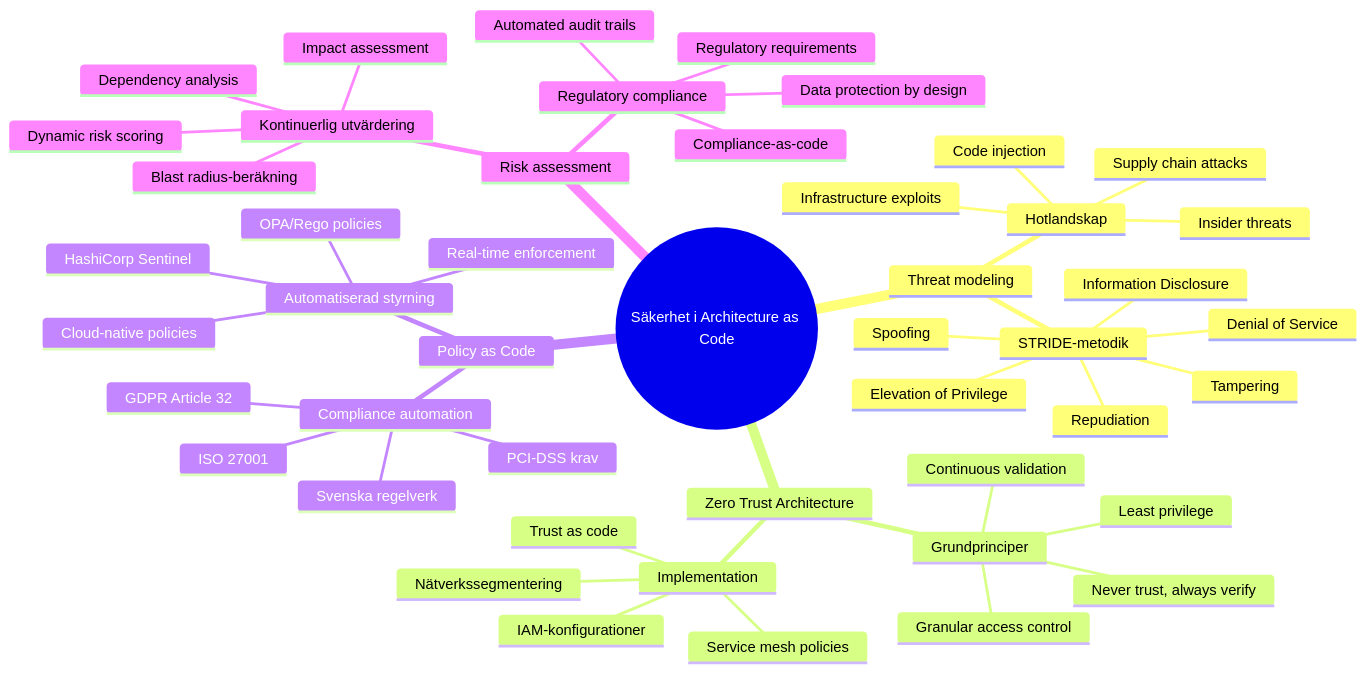
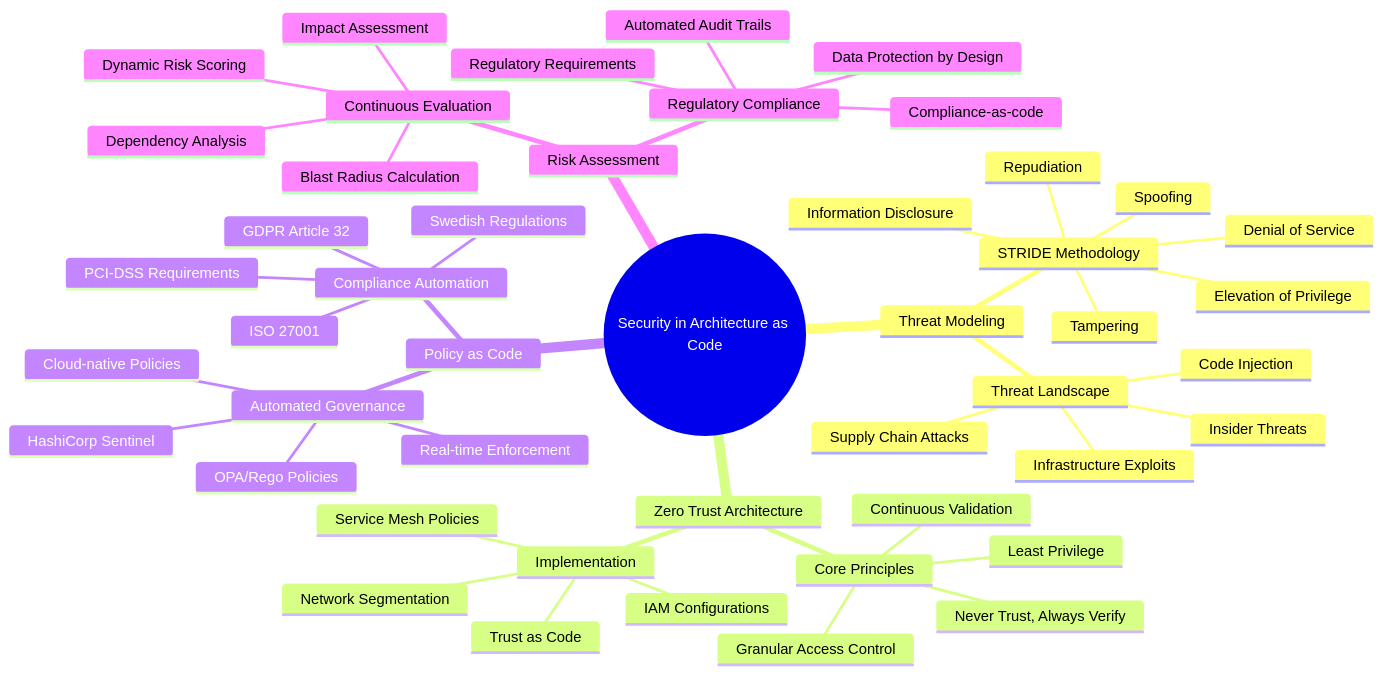
The diagram in docs/images/mindmap_10_sakerhet.mmd (Geonitab/architecture_as_code), drawn with Mermaid before and after one commit. The commit also changed 7 other files, not shown here.

Commit message:
Translate 8 Mermaid diagram files from Swedish to English

```diff
--- a/docs/images/mindmap_10_sakerhet.mmd
+++ b/docs/images/mindmap_10_sakerhet.mmd
@@ -1,48 +1,48 @@
 mindmap
-  root((Säkerhet i Architecture as Code))
-    Threat modeling
-      Hotlandskap
-        Supply chain attacks
-        Code injection
-        Insider threats
-        Infrastructure exploits
-      STRIDE-metodik
+  root((Security in Architecture as Code))
+    Threat Modeling
+      Threat Landscape
+        Supply Chain Attacks
+        Code Injection
+        Insider Threats
+        Infrastructure Exploits
+      STRIDE Methodology
         Spoofing
         Tampering
         Repudiation
         Information Disclosure
         Denial of Service
         Elevation of Privilege
     Zero Trust Architecture
-      Grundprinciper
-        Never trust, always verify
-        Continuous validation
-        Granular access control
-        Least privilege
+      Core Principles
+        Never Trust, Always Verify
+        Continuous Validation
+        Granular Access Control
+        Least Privilege
       Implementation
-        Nätverkssegmentering
-        Service mesh policies
-        IAM-konfigurationer
-        Trust as code
+        Network Segmentation
+        Service Mesh Policies
+        IAM Configurations
+        Trust as Code
     Policy as Code
-      Automatiserad styrning
-        OPA/Rego policies
+      Automated Governance
+        OPA/Rego Policies
         HashiCorp Sentinel
-        Cloud-native policies
-        Real-time enforcement
-      Compliance automation
+        Cloud-native Policies
+        Real-time Enforcement
+      Compliance Automation
         GDPR Article 32
-        PCI-DSS krav
+        PCI-DSS Requirements
         ISO 27001
-        Svenska regelverk
-    Risk assessment
-      Kontinuerlig utvärdering
-        Blast radius-beräkning
-        Impact assessment
-        Dependency analysis
-        Dynamic risk scoring
-      Regulatory compliance
-        Data protection by design
-        Automated audit trails
+        Swedish Regulations
+    Risk Assessment
+      Continuous Evaluation
+        Blast Radius Calculation
+        Impact Assessment
+        Dependency Analysis
+        Dynamic Risk Scoring
+      Regulatory Compliance
+        Data Protection by Design
+        Automated Audit Trails
         Compliance-as-code
-        Regulatory requirements
+        Regulatory Requirements
```
